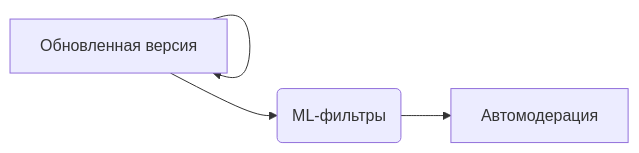
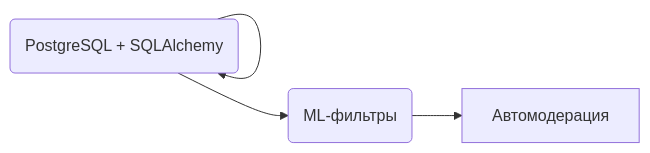
Before and after one commit to nihosprop/bot_stepik_guard: the diagram in README.md, drawn with Mermaid.

Commit message:
style(README): update

````diff
--- a/README.md
+++ b/README.md
@@ -75,6 +75,6 @@
 ```mermaid
 graph LR
     A[Текущая версия] --> A(PostgreSQL + SQLAlchemy)
-    A[Обновленная версия] --> B(ML-фильтры)
+    A --> B(ML-фильтры)
     B --> C[Автомодерация]
 ```
````
